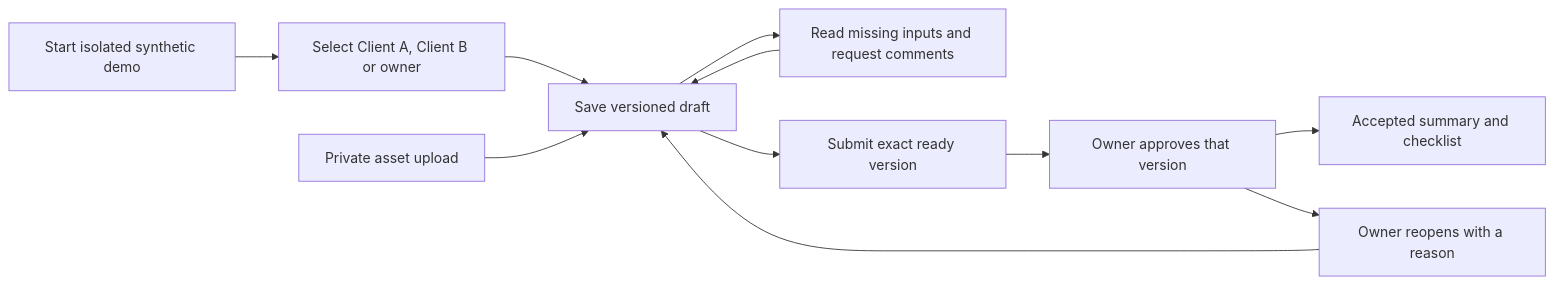
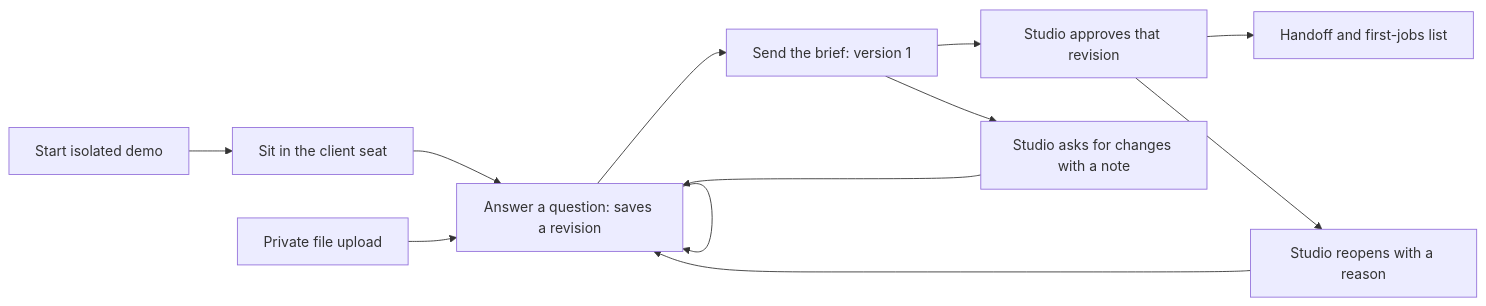
One commit to mosalah-77/onboarding-portal changed the second of 7 diagrams in docs/how-it-works.md. Above: the diagram before and after it, drawn with Mermaid. The commit also changed other lines of this file and 8 other files, not shown here.

````diff
--- a/docs/how-it-works.md
+++ b/docs/how-it-works.md
@@ -33,13 +33,14 @@
 ```mermaid
 flowchart LR
-  A[Start isolated synthetic demo] --> B[Select Client A, Client B or owner]
-  B --> C[Save versioned draft]
-  C --> D[Read missing inputs and request comments]
-  D --> C
-  C --> E[Submit exact ready version]
-  E --> F[Owner approves that version]
-  F --> G[Accepted summary and checklist]
-  F --> H[Owner reopens with a reason]
+  A[Start isolated demo] --> B[Sit in the client seat]
+  B --> C[Answer a question: saves a revision]
+  C --> C
+  U[Private file upload] --> C
+  C --> E[Send the brief: version 1]
+  E --> F[Studio approves that revision]
+  E --> R[Studio asks for changes with a note]
+  R --> C
+  F --> G[Handoff and first-jobs list]
+  F --> H[Studio reopens with a reason]
   H --> C
-  U[Private asset upload] --> C
 ```
````
